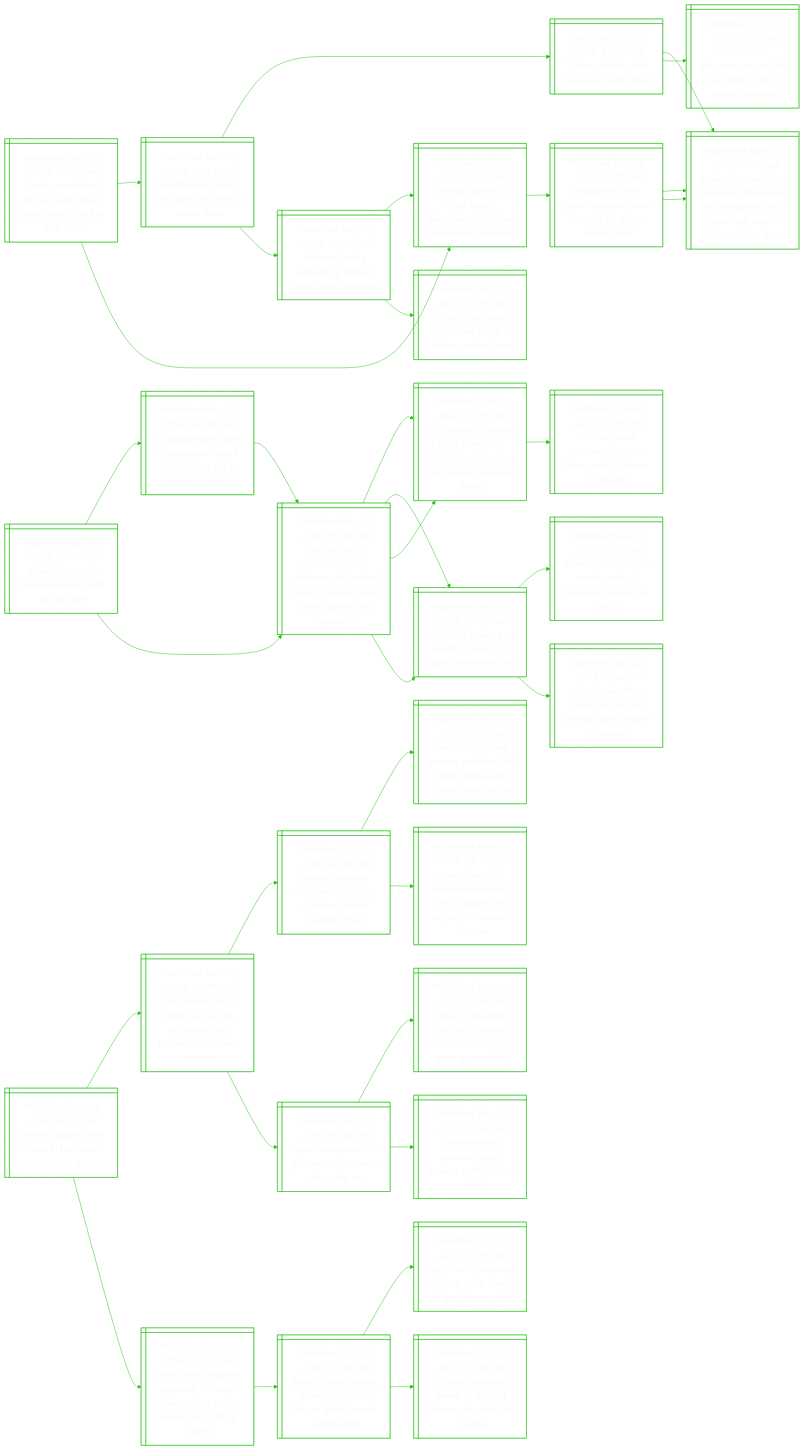
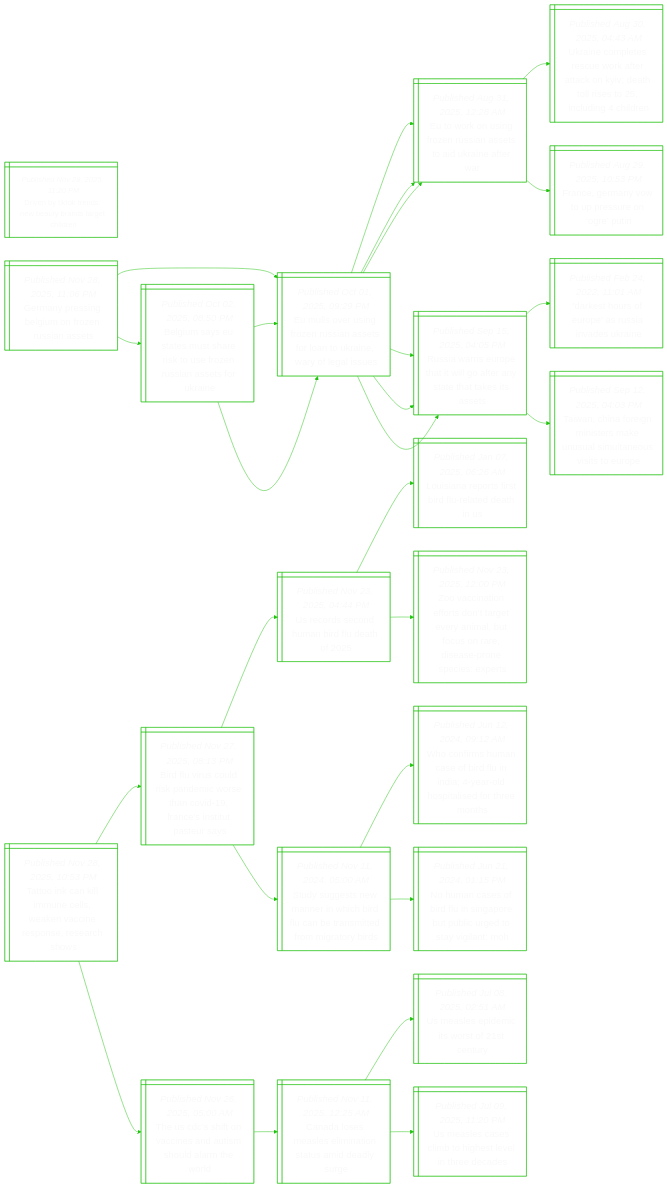
One commit to notJmes/notJmes changed the diagram in README.md. Above: the diagram before and after it, drawn with Mermaid. The commit also changed other lines of this file, not shown here.

````diff
--- a/README.md
+++ b/README.md
@@ -16,112 +16,91 @@
 flowchart LR
 classDef txtsize font-size:20px;
 
-Srtsiweainb@{ shape: win-pane, label: "_Published Nov 28, 2025, 06:43 PM_
-Spain reports first african swine fever cases since 1994 in wild boar" }
-SKistrswe@{ shape: win-pane, label: "_Published Nov 25, 2025, 02:13 PM_
-South korea issues alert after 6th case of swine fever" }
-Tncrssf@{ shape: win-pane, label: "_Published Oct 23, 2025, 12:50 PM_
-Taiwan detects first cases of swine fever" }
-MssheaneoiirdAane@{ shape: win-pane, label: "_Published May 15, 2025, 10:08 AM_
-Malaysians switch to cheaper alternatives as pork prices hit 2-year high due to african swine fever" }
-FsSprhesoeuf@{ shape: win-pane, label: "_Published Oct 13, 2025, 05:00 AM_
-Flu cases in singapore are on the rise. here’s how to protect yourself" }
-Vairniweua@{ shape: win-pane, label: "_Published Aug 05, 2025, 12:55 PM_
-Vietnam facing worsening african swine fever outbreaks" }
-Vanopitaiweps@{ shape: win-pane, label: "_Published Jul 18, 2025, 12:01 PM_
-Vietnam warns of food supply disruptions as african swine fever spreads" }
-CsaanrAane@{ shape: win-pane, label: "_Published Mar 15, 2023, 05:23 PM_
-China's pig farms battle new surge in african swine fever" }
-Vanopitaiweps@{ shape: win-pane, label: "_Published Jul 18, 2025, 12:01 PM_
-Vietnam warns of food supply disruptions as african swine fever spreads" }
-Msoiuslsyciv@{ shape: win-pane, label: "_Published May 18, 2025, 11:00 AM_
-Malaysia’s pork prices surge as local farms hit by african swine fever" }
-MssheaneoiirdAane@{ shape: win-pane, label: "_Published May 15, 2025, 10:08 AM_
-Malaysians switch to cheaper alternatives as pork prices hit 2-year high due to african swine fever" }
-MssheaneoiirdAane@{ shape: win-pane, label: "_Published May 15, 2025, 10:08 AM_
-Malaysians switch to cheaper alternatives as pork prices hit 2-year high due to african swine fever" }
+Dnkrnarttd@{ shape: win-pane, label: "_Published Nov 28, 2025, 11:20 PM_
+Driven by tiktok trends, new beauty brands target children" }
 
-Srtsiweainb:::txtsize --> SKistrswe:::txtsize
-SKistrswe:::txtsize --> Tncrssf:::txtsize
-Tncrssf:::txtsize --> MssheaneoiirdAane:::txtsize
-Tncrssf:::txtsize --> FsSprhesoeuf:::txtsize
-SKistrswe:::txtsize --> Vairniweua:::txtsize
-Vairniweua:::txtsize --> Vanopitaiweps:::txtsize
-Vairniweua:::txtsize --> CsaanrAane:::txtsize
-Srtsiweainb:::txtsize --> Vanopitaiweps:::txtsize
-Vanopitaiweps:::txtsize --> Msoiuslsyciv:::txtsize
-Msoiuslsyciv:::txtsize --> MssheaneoiirdAane:::txtsize
-Msoiuslsyciv:::txtsize --> MssheaneoiirdAane:::txtsize
 
-Bieiylnhdh@{ shape: win-pane, label: "_Published Nov 28, 2025, 06:27 PM_
-Britain tries to fix frayed relations with world’s rich" }
-Ugamknoilialt@{ shape: win-pane, label: "_Published Nov 27, 2025, 06:00 PM_
-Uk budget plan calms markets and labour faithful, but will it appeal to voters?" }
-WrnnnomlevdiyLro@{ shape: win-pane, label: "_Published Nov 25, 2025, 05:55 PM_
-With britain’s economy in the doldrums, will rachel reeves’ budget finally show labour can govern?" }
-Ktroreoiensnnsa@{ shape: win-pane, label: "_Published Jul 05, 2024, 12:05 PM_
-Keir starmer’s labour party sweeps to british election win as pm sunak concedes defeat" }
-Uoauaroeftf@{ shape: win-pane, label: "_Published Jun 13, 2024, 07:15 AM_
-Uk labour leader puts wealth creation at heart of election offer" }
-WrnnnomlevdiyLro@{ shape: win-pane, label: "_Published Nov 25, 2025, 05:55 PM_
-With britain’s economy in the doldrums, will rachel reeves’ budget finally show labour can govern?" }
-Ktroreoiensnnsa@{ shape: win-pane, label: "_Published Jul 05, 2024, 12:05 PM_
-Keir starmer’s labour party sweeps to british election win as pm sunak concedes defeat" }
-Upmtzsstoei@{ shape: win-pane, label: "_Published Jul 05, 2024, 02:25 PM_
-Uk’s ex-prime minister liz truss loses seat to labour in election" }
-Uoauaroeftf@{ shape: win-pane, label: "_Published Jun 13, 2024, 07:15 AM_
-Uk labour leader puts wealth creation at heart of election offer" }
-Toshalaacfl@{ shape: win-pane, label: "_Published May 23, 2024, 12:20 AM_
-‘time to choose’: rishi sunak calls uk national election for july 4" }
-Unfoxacpred@{ shape: win-pane, label: "_Published Jun 11, 2024, 11:11 PM_
-Uk’s sunak offers more tax cuts as election polls refuse to budge" }
+GnsBurRae@{ shape: win-pane, label: "_Published Nov 28, 2025, 11:06 PM_
+Germany pressing belgium on frozen russian assets" }
+Elrgessfakeoau@{ shape: win-pane, label: "_Published Oct 01, 2025, 09:29 PM_
+Eu mulls over using frozen russian assets for loan to ukraine, wary of legal issues" }
+Eoufnisoker@{ shape: win-pane, label: "_Published Aug 31, 2025, 12:28 AM_
+Eu to work on using frozen russian assets to aid ukraine after war" }
+Unpsukrcyaleniin@{ shape: win-pane, label: "_Published Aug 30, 2025, 04:43 AM_
+Ukraine completes rescue work after attack on kyiv; death toll rises to 25, including 4 children" }
+Feawpuou@{ shape: win-pane, label: "_Published Aug 29, 2025, 10:53 PM_
+France, germany vow to up pressure on ‘ogre’ putin" }
+Rasptlfnttss@{ shape: win-pane, label: "_Published Sep 15, 2025, 04:05 PM_
+Russia warns europe that it will go after any state that takes its assets" }
+DsruasvUn@{ shape: win-pane, label: "_Published Feb 24, 2022, 11:01 AM_
+'darkest hours of europe' as russia invades ukraine" }
+Tnainreumnvsr@{ shape: win-pane, label: "_Published Sep 12, 2025, 04:03 PM_
+Taiwan, china foreign ministers make unusual simultaneous visits to europe" }
+Busauasszsaske@{ shape: win-pane, label: "_Published Oct 02, 2025, 08:50 PM_
+Belgium says eu states must share risk to use frozen russian assets for ukraine" }
+Elrgessfakeoau@{ shape: win-pane, label: "_Published Oct 01, 2025, 09:29 PM_
+Eu mulls over using frozen russian assets for loan to ukraine, wary of legal issues" }
+Eoufnisoker@{ shape: win-pane, label: "_Published Aug 31, 2025, 12:28 AM_
+Eu to work on using frozen russian assets to aid ukraine after war" }
+Rasptlfnttss@{ shape: win-pane, label: "_Published Sep 15, 2025, 04:05 PM_
+Russia warns europe that it will go after any state that takes its assets" }
+Elrgessfakeoau@{ shape: win-pane, label: "_Published Oct 01, 2025, 09:29 PM_
+Eu mulls over using frozen russian assets for loan to ukraine, wary of legal issues" }
+Eoufnisoker@{ shape: win-pane, label: "_Published Aug 31, 2025, 12:28 AM_
+Eu to work on using frozen russian assets to aid ukraine after war" }
+Rasptlfnttss@{ shape: win-pane, label: "_Published Sep 15, 2025, 04:05 PM_
+Russia warns europe that it will go after any state that takes its assets" }
 
-Bieiylnhdh:::txtsize --> Ugamknoilialt:::txtsize
-Ugamknoilialt:::txtsize --> WrnnnomlevdiyLro:::txtsize
-WrnnnomlevdiyLro:::txtsize --> Ktroreoiensnnsa:::txtsize
-WrnnnomlevdiyLro:::txtsize --> Uoauaroeftf:::txtsize
-Bieiylnhdh:::txtsize --> WrnnnomlevdiyLro:::txtsize
-WrnnnomlevdiyLro:::txtsize --> Ktroreoiensnnsa:::txtsize
-Ktroreoiensnnsa:::txtsize --> Upmtzsstoei:::txtsize
-WrnnnomlevdiyLro:::txtsize --> Uoauaroeftf:::txtsize
-Uoauaroeftf:::txtsize --> Toshalaacfl:::txtsize
-Uoauaroeftf:::txtsize --> Unfoxacpred:::txtsize
+GnsBurRae:::txtsize --> Elrgessfakeoau:::txtsize
+Elrgessfakeoau:::txtsize --> Eoufnisoker:::txtsize
+Eoufnisoker:::txtsize --> Unpsukrcyaleniin:::txtsize
+Eoufnisoker:::txtsize --> Feawpuou:::txtsize
+Elrgessfakeoau:::txtsize --> Rasptlfnttss:::txtsize
+Rasptlfnttss:::txtsize --> DsruasvUn:::txtsize
+Rasptlfnttss:::txtsize --> Tnainreumnvsr:::txtsize
+GnsBurRae:::txtsize --> Busauasszsaske:::txtsize
+Busauasszsaske:::txtsize --> Elrgessfakeoau:::txtsize
+Elrgessfakeoau:::txtsize --> Eoufnisoker:::txtsize
+Elrgessfakeoau:::txtsize --> Rasptlfnttss:::txtsize
+Busauasszsaske:::txtsize --> Elrgessfakeoau:::txtsize
+Elrgessfakeoau:::txtsize --> Eoufnisoker:::txtsize
+Elrgessfakeoau:::txtsize --> Rasptlfnttss:::txtsize
 
-Feheodtoai@{ shape: win-pane, label: "_Published Nov 28, 2025, 06:11 PM_
-France catches one of two in bed sheet prison break: minister" }
-Teteaosebshee@{ shape: win-pane, label: "_Published Nov 27, 2025, 06:58 PM_
-Two break out of french jail in ‘old-fashioned saw blades’, bed sheets escape" }
-Fhossgolmego@{ shape: win-pane, label: "_Published Jul 13, 2025, 08:29 PM_
-French prisoner escapes in luggage of fellow inmate leaving prison" }
-Onspiiaeqpsfa@{ shape: win-pane, label: "_Published Jun 03, 2025, 01:00 PM_
-Over 200 inmates escape pakistani jail after earthquake panic, says official" }
-Nljmeeaawegtc@{ shape: win-pane, label: "_Published May 21, 2025, 09:15 AM_
-New orleans jail employee arrested and charged with helping 10 inmates escape" }
-Nrtpnhnitn@{ shape: win-pane, label: "_Published Sep 11, 2025, 08:16 PM_
-Nepal recaptures 200 prisoners, thousands still on the run" }
-Nsisekooranse@{ shape: win-pane, label: "_Published Sep 11, 2025, 07:52 PM_
-Nepal’s president says he’s seeking solution to crisis ‘as soon as possible’" }
-Nutiorslil@{ shape: win-pane, label: "_Published Sep 11, 2025, 11:10 AM_
-Nepal unrest: possible power brokers to fill political void" }
-Ftuteiviorotfs@{ shape: win-pane, label: "_Published Nov 25, 2025, 10:12 PM_
-Four other suspects arrested in louvre heist probe, paris prosecutor’s office says" }
-Fhcerpiviwtig@{ shape: win-pane, label: "_Published Oct 30, 2025, 03:20 PM_
-French police arrest more suspects in louvre heist, jewels still missing" }
-PLeubhwitea@{ shape: win-pane, label: "_Published Oct 20, 2025, 02:36 AM_
-Paris’ louvre museum robbery: what jewels did the thieves steal?" }
-LesjsnrahRp@{ shape: win-pane, label: "_Published Oct 25, 2025, 07:20 PM_
-Louvre transfers jewels to bank of france after heist, rtl reports" }
+Toalnlkcrnshs@{ shape: win-pane, label: "_Published Nov 28, 2025, 10:53 PM_
+Tattoo ink can kill immune cells, weaken vaccine response, research shows" }
+BlulkeohvaItss@{ shape: win-pane, label: "_Published Nov 27, 2025, 08:13 PM_
+Bird flu virus could risk pandemic worse than covid-19, france’s institut pasteur says" }
+Uoehblt@{ shape: win-pane, label: "_Published Nov 23, 2025, 04:44 PM_
+Us records second human bird flu death of 2025" }
+Liestfldi@{ shape: win-pane, label: "_Published Jan 07, 2025, 06:26 AM_
+Louisiana reports first bird flu-related death in us" }
+ZctfsttyafoeaoeEt@{ shape: win-pane, label: "_Published Nov 23, 2025, 12:00 PM_
+Zoo vaccination efforts don’t target every animal, but focus on rare, disease-prone species: experts" }
+Ssswehiuesemab@{ shape: win-pane, label: "_Published Nov 11, 2024, 05:00 AM_
+Study suggests new manner in which bird flu can be transmitted from migratory birds" }
+Wnsnodnaoslfrn@{ shape: win-pane, label: "_Published Jun 12, 2024, 09:12 AM_
+Who confirms human case of bird flu in india; 4-year-old hospitalised for three months" }
+NaeiunrpcdaiM@{ shape: win-pane, label: "_Published Jun 21, 2024, 01:15 PM_
+No human cases of bird flu in singapore but public urged to stay vigilant: moh" }
+TChniniolhl@{ shape: win-pane, label: "_Published Nov 26, 2025, 05:00 AM_
+The us cdc’s shift on vaccines and autism should alarm the world" }
+Caslittaes@{ shape: win-pane, label: "_Published Nov 11, 2025, 12:25 AM_
+Canada loses measles elimination status amid deadly surge" }
+Uspiwoey@{ shape: win-pane, label: "_Published Jul 08, 2025, 02:51 AM_
+Us measles epidemic its worst of 21st century" }
+Usaloevtde@{ shape: win-pane, label: "_Published Jul 09, 2025, 11:20 PM_
+Us measles cases climb to highest level in three decades" }
 
-Feheodtoai:::txtsize --> Teteaosebshee:::txtsize
-Teteaosebshee:::txtsize --> Fhossgolmego:::txtsize
-Fhossgolmego:::txtsize --> Onspiiaeqpsfa:::txtsize
-Fhossgolmego:::txtsize --> Nljmeeaawegtc:::txtsize
-Teteaosebshee:::txtsize --> Nrtpnhnitn:::txtsize
-Nrtpnhnitn:::txtsize --> Nsisekooranse:::txtsize
-Nrtpnhnitn:::txtsize --> Nutiorslil:::txtsize
-Feheodtoai:::txtsize --> Ftuteiviorotfs:::txtsize
-Ftuteiviorotfs:::txtsize --> Fhcerpiviwtig:::txtsize
-Fhcerpiviwtig:::txtsize --> PLeubhwitea:::txtsize
-Fhcerpiviwtig:::txtsize --> LesjsnrahRp:::txtsize
+Toalnlkcrnshs:::txtsize --> BlulkeohvaItss:::txtsize
+BlulkeohvaItss:::txtsize --> Uoehblt:::txtsize
+Uoehblt:::txtsize --> Liestfldi:::txtsize
+Uoehblt:::txtsize --> ZctfsttyafoeaoeEt:::txtsize
+BlulkeohvaItss:::txtsize --> Ssswehiuesemab:::txtsize
+Ssswehiuesemab:::txtsize --> Wnsnodnaoslfrn:::txtsize
+Ssswehiuesemab:::txtsize --> NaeiunrpcdaiM:::txtsize
+Toalnlkcrnshs:::txtsize --> TChniniolhl:::txtsize
+TChniniolhl:::txtsize --> Caslittaes:::txtsize
+Caslittaes:::txtsize --> Uspiwoey:::txtsize
+Caslittaes:::txtsize --> Usaloevtde:::txtsize
 
 ```
````
